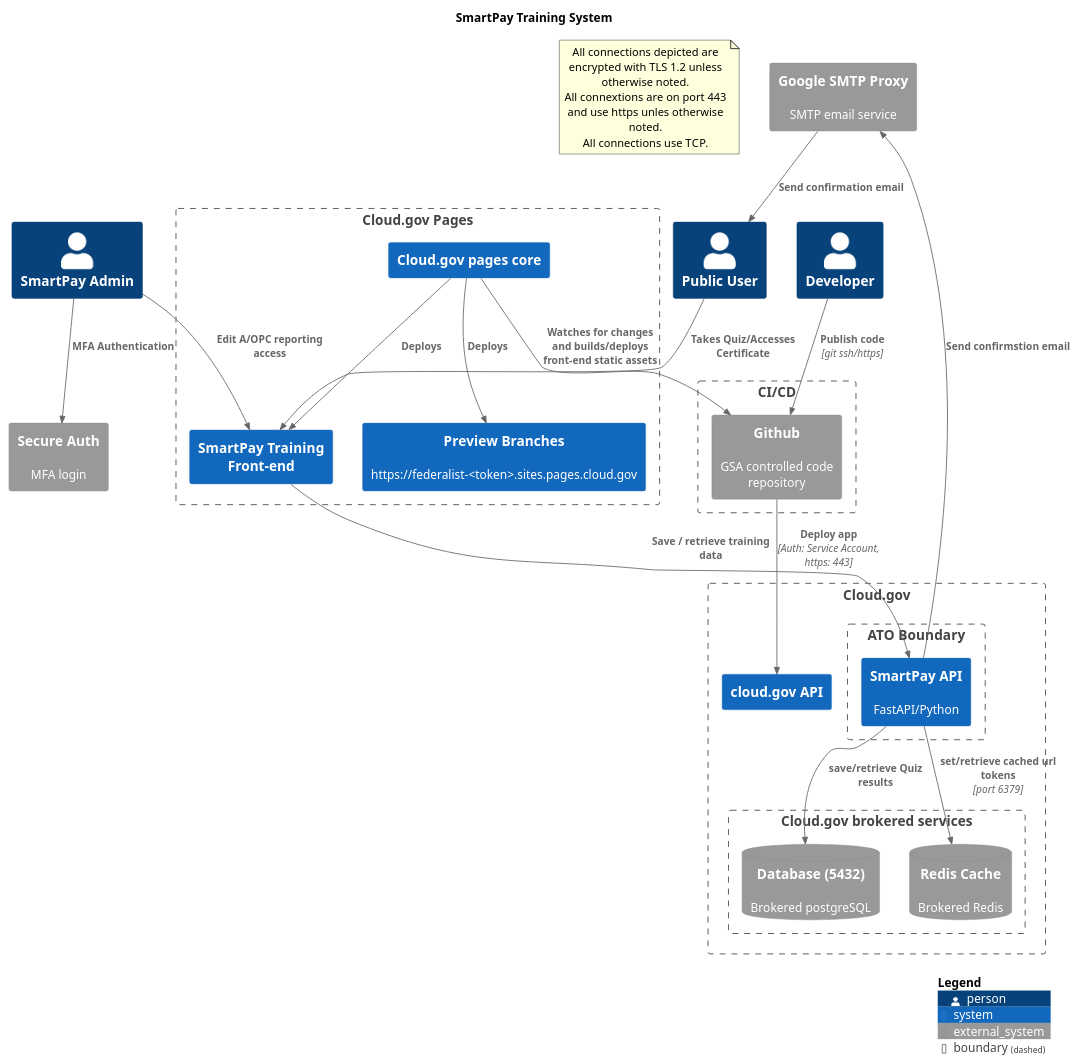
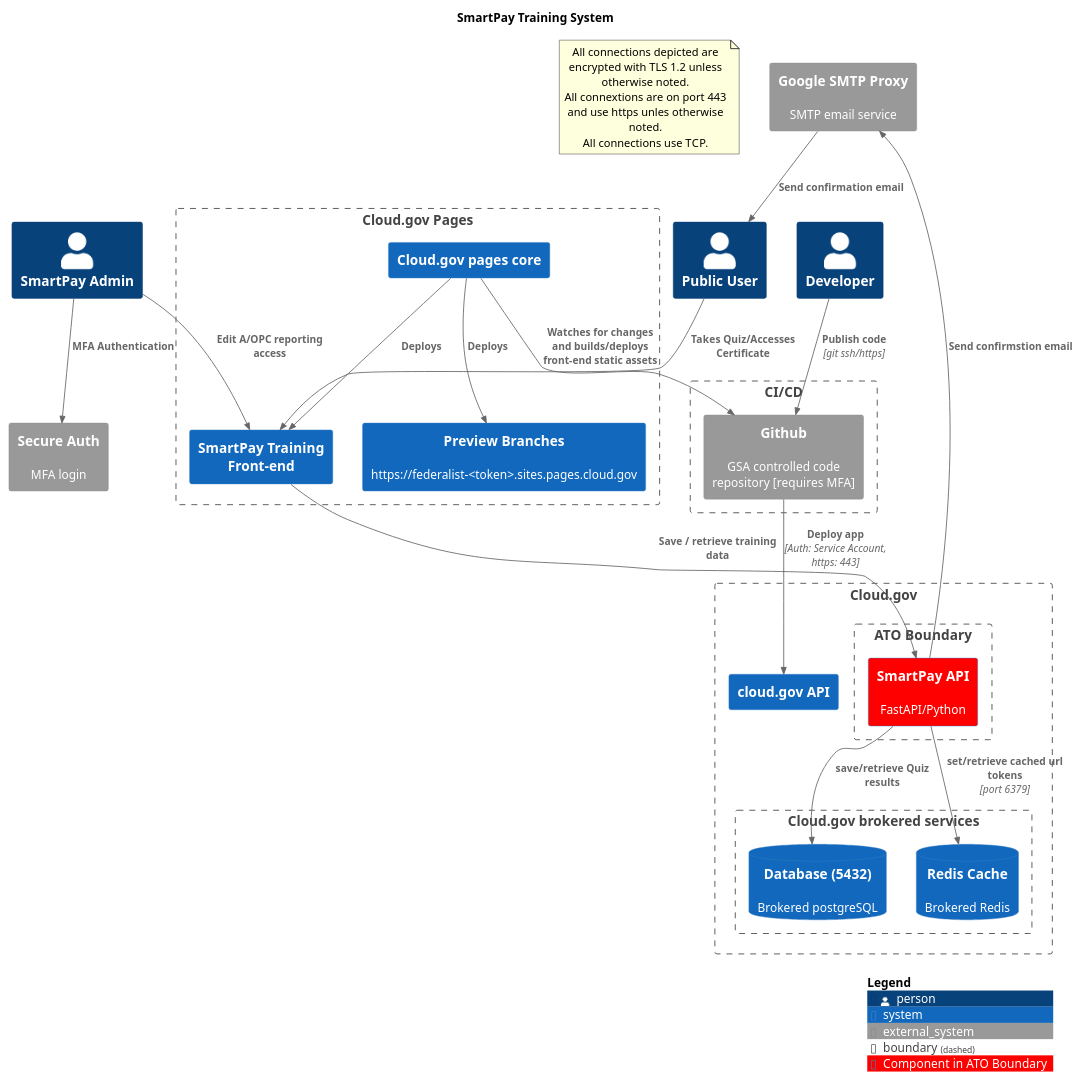
Before and after one commit to GSA/smartpay-training: the diagram in docs/diagrams/smartpay_training_context.puml, drawn with PlantUML. The commit also changed 5 other files, not shown here.

Commit message:
make changes to context diagrams for all services

```diff
--- a/docs/diagrams/smartpay_training_context.puml
+++ b/docs/diagrams/smartpay_training_context.puml
@@ -1,57 +1,59 @@
 @startuml smartpay_training_context
 !include https://raw.githubusercontent.com/plantuml-stdlib/C4-PlantUML/master/C4_Context.puml
 
 title SmartPay Training System
 
 note as ConnectionNote
 All connections depicted are encrypted with TLS 1.2 unless otherwise noted. 
 All connextions are on port 443 and use https unles otherwise noted.
 All connections use TCP. 
 end note
 
+AddSystemTag('ATO_component', $legendText="Component in ATO Boundary", $bgColor="red")
+
 Boundary(pages_boundary, "Cloud.gov Pages") {
     System(training_front_end, "SmartPay Training Front-end")
     System(cloud_pages, "Cloud.gov pages core")
     System(previews, "Preview Branches", "https://federalist-<token>.sites.pages.cloud.gov") 
 }
 
 Boundary(cloud_gov, "Cloud.gov ", "") {
     Boundary(ato, "ATO Boundary") {
-        System(sp_backend, "SmartPay API", "FastAPI/Python") 
+        System(sp_backend, "SmartPay API", "FastAPI/Python", $tags="ATO_component") 
     }
     System(cloud_api,"cloud.gov API")
     Boundary(cloudgov-services,"Cloud.gov brokered services") {
-        SystemDb_Ext(db, "Database (5432)", "Brokered postgreSQL")
-        SystemDb_Ext(redis, "Redis Cache", "Brokered Redis")
+        SystemDb(db, "Database (5432)", "Brokered postgreSQL")
+        SystemDb(redis, "Redis Cache", "Brokered Redis")
     } 
 } 
 
 Boundary(cicd, "CI/CD") {
-  System_Ext(github, "Github", "GSA controlled code repository")
+  System_Ext(github, "Github", "GSA controlled code repository [requires MFA]")
 }
 
 Person(SP_Admin, "SmartPay Admin")
 Person(Public, "Public User")
 Person(Developer, "Developer")
 
 System_Ext(uaa, "Secure Auth", "MFA login")
 System_Ext(smtp, "Google SMTP Proxy", "SMTP email service")
 
 Rel(SP_Admin, uaa, "MFA Authentication")
 Rel(SP_Admin, training_front_end, "Edit A/OPC reporting access")
 Rel(training_front_end, sp_backend, "Save / retrieve training data")
 
 Rel(Developer, github, "Publish code", "git ssh/https")
 Rel(github, cloud_api, "Deploy app", "Auth: Service Account, https: 443")
 Rel(cloud_pages, github, "Watches for changes and builds/deploys front-end static assets")
 
 Rel(smtp, Public, "Send confirmation email")
 Rel(sp_backend, smtp, "Send confirmstion email")
 Rel(Public, training_front_end, "Takes Quiz/Accesses Certificate")
 Rel(sp_backend, redis, "set/retrieve cached url tokens", "port 6379")
 Rel(sp_backend, db, "save/retrieve Quiz results")
 Rel(cloud_pages, training_front_end, "Deploys")
 Rel(cloud_pages, previews, "Deploys")
 
 SHOW_LEGEND()
 @enduml
```
